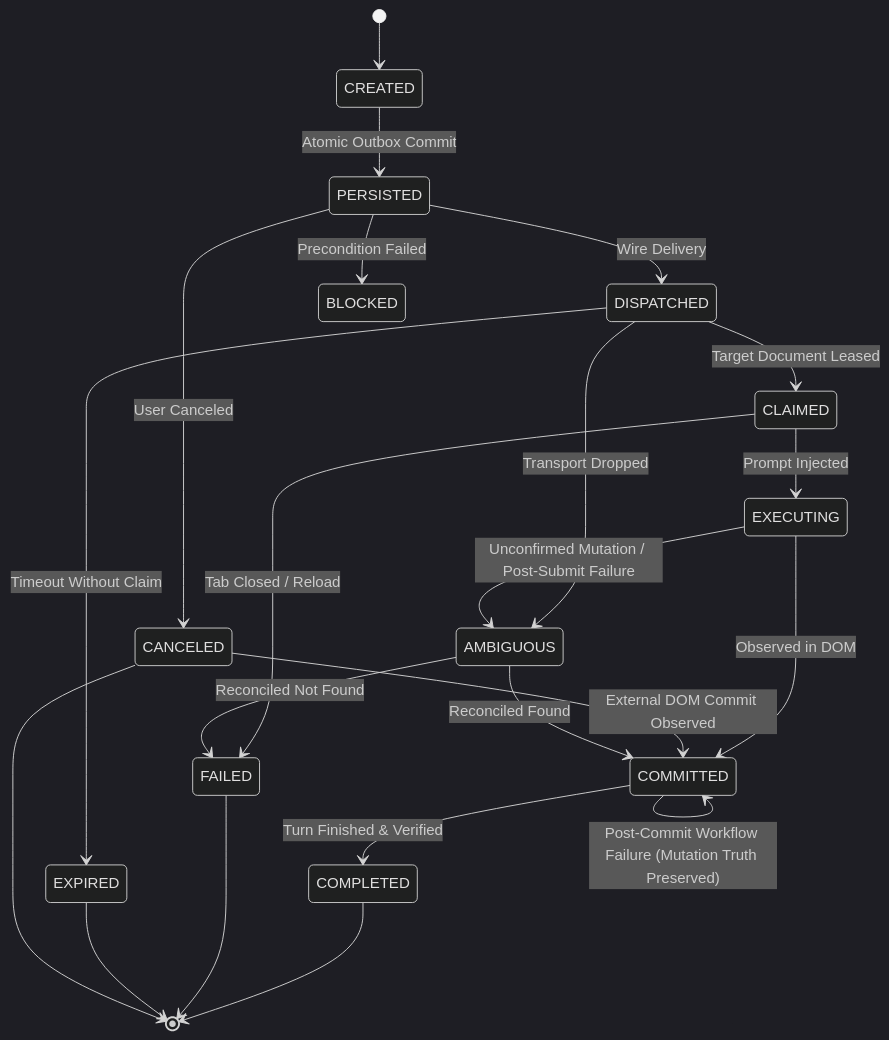
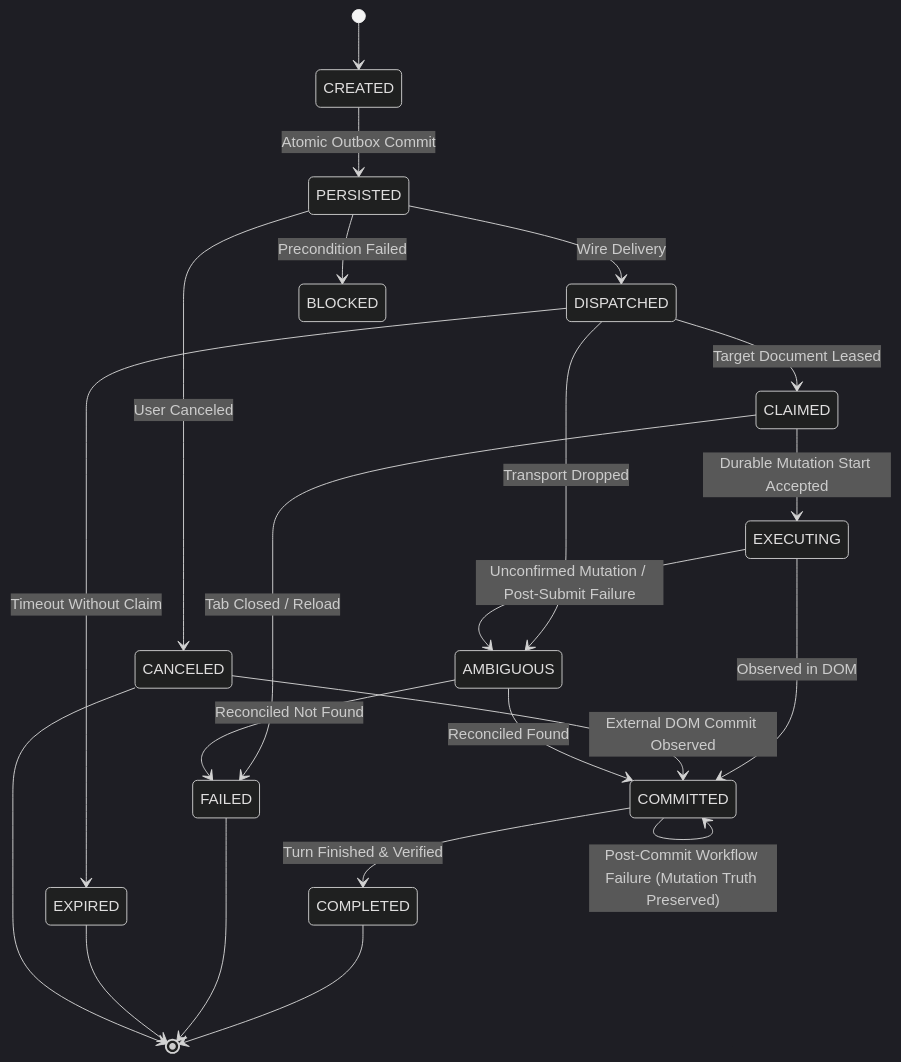
One commit to Mikegr01/chat-on-steroids changed the diagram in docs/kosmosyn-transport-protocol-v1.md. Above: the diagram before and after it, drawn with Mermaid (dark theme). The commit also changed other lines of this file and 12 other files, not shown here.

````diff
--- a/docs/kosmosyn-transport-protocol-v1.md
+++ b/docs/kosmosyn-transport-protocol-v1.md
@@ -127,24 +127,24 @@
 ```mermaid
 stateDiagram-v2
     [*] --> CREATED
     CREATED --> PERSISTED: Atomic Outbox Commit
     PERSISTED --> DISPATCHED: Wire Delivery
     PERSISTED --> BLOCKED: Precondition Failed
     PERSISTED --> CANCELED: User Canceled
     DISPATCHED --> CLAIMED: Target Document Leased
     DISPATCHED --> EXPIRED: Timeout Without Claim
     DISPATCHED --> AMBIGUOUS: Transport Dropped
-    CLAIMED --> EXECUTING: Prompt Injected
+    CLAIMED --> EXECUTING: Durable Mutation Start Accepted
     CLAIMED --> FAILED: Tab Closed / Reload
     EXECUTING --> COMMITTED: Observed in DOM
     EXECUTING --> AMBIGUOUS: Unconfirmed Mutation / Post-Submit Failure
     COMMITTED --> COMPLETED: Turn Finished & Verified
     COMMITTED --> COMMITTED: Post-Commit Workflow Failure (Mutation Truth Preserved)
     CANCELED --> COMMITTED: External DOM Commit Observed
     COMPLETED --> [*]
     FAILED --> [*]
     EXPIRED --> [*]
     CANCELED --> [*]
     AMBIGUOUS --> COMMITTED: Reconciled Found
     AMBIGUOUS --> FAILED: Reconciled Not Found
 ```
````
